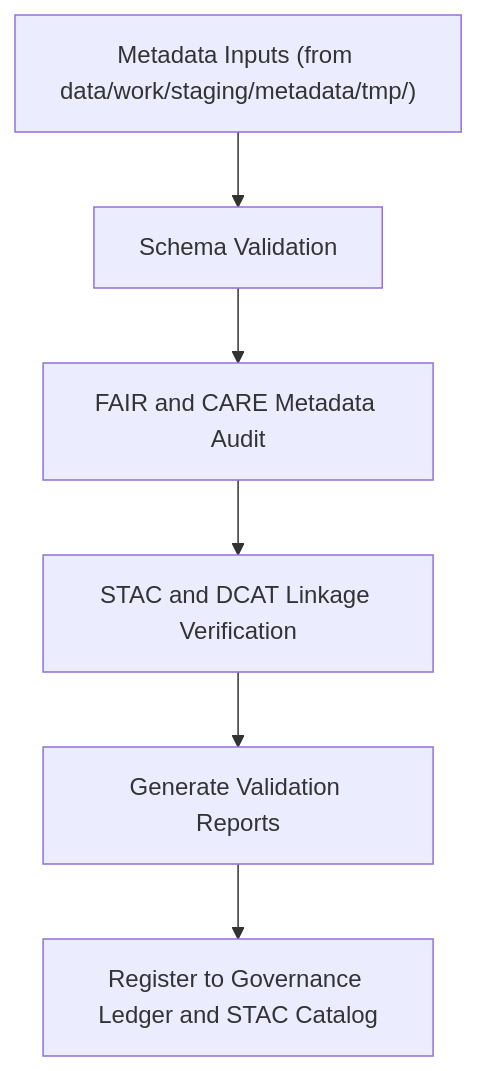
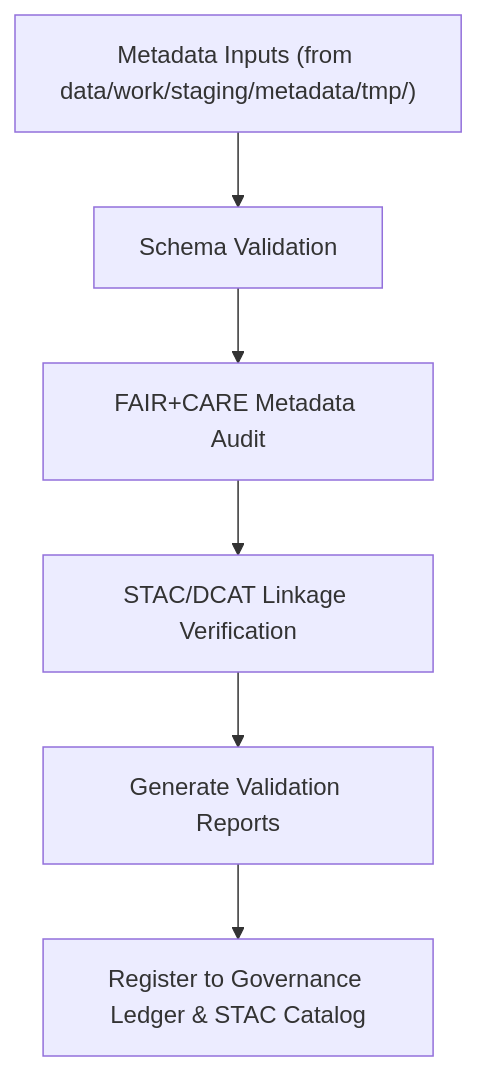
Before and after one commit to bartytime4life/Kansas-Frontier-Matrix: the diagram in data/work/staging/metadata/validation/README.md, drawn with Mermaid. The commit also changed other lines of this file, not shown here.

````diff
--- a/data/work/staging/metadata/validation/README.md
+++ b/data/work/staging/metadata/validation/README.md
@@ -60,8 +66,8 @@
 ```mermaid
 flowchart TD
     A["Metadata Inputs (from data/work/staging/metadata/tmp/)"] --> B["Schema Validation"]
-    B --> C["FAIR and CARE Metadata Audit"]
-    C --> D["STAC and DCAT Linkage Verification"]
+    B --> C["FAIR+CARE Metadata Audit"]
+    C --> D["STAC/DCAT Linkage Verification"]
     D --> E["Generate Validation Reports"]
-    E --> F["Register to Governance Ledger and STAC Catalog"]
+    E --> F["Register to Governance Ledger & STAC Catalog"]
 ```
````
